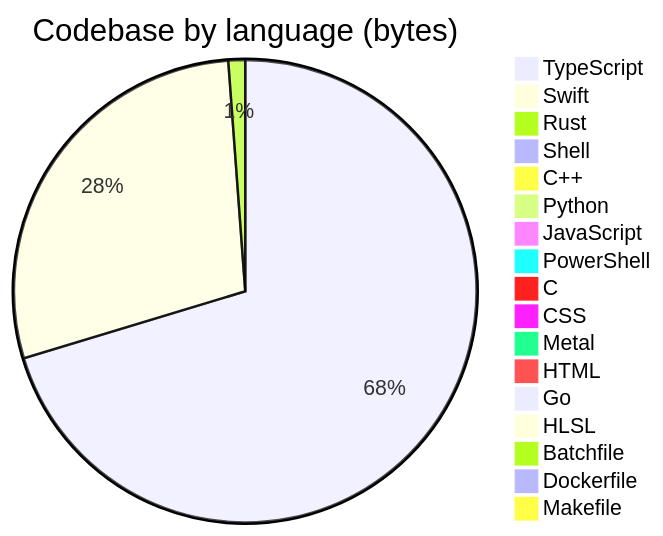
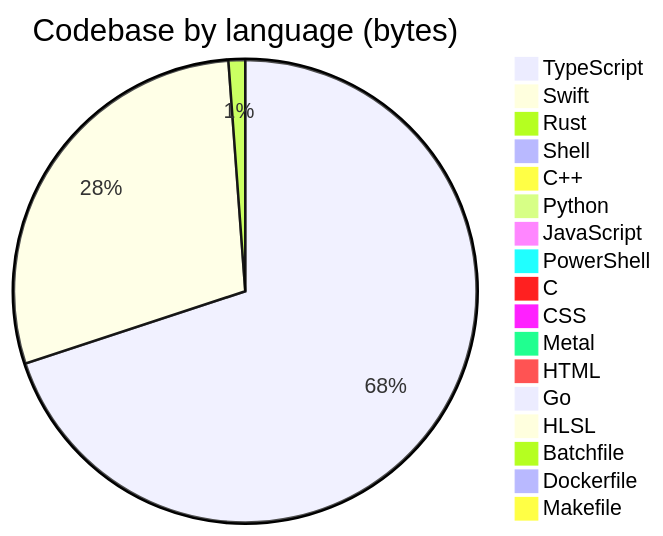
The diagram in profile/README.md (Open330/.github), drawn with Mermaid before and after one commit. The commit also changed other lines of this file, not shown here.

````diff
--- a/profile/README.md
+++ b/profile/README.md
@@ -125,20 +125,20 @@
 ```mermaid
 pie title Codebase by language (bytes)
-    "TypeScript" : 33872801
-    "Swift" : 13730665
+    "TypeScript" : 33908550
+    "Swift" : 14008863
     "Rust" : 564235
     "Shell" : 439422
     "C++" : 388775
     "Python" : 294503
-    "JavaScript" : 197901
+    "JavaScript" : 205071
     "PowerShell" : 128198
     "C" : 114143
-    "CSS" : 73091
+    "CSS" : 75124
     "Metal" : 33033
     "HTML" : 31957
     "Go" : 22811
     "HLSL" : 7527
     "Batchfile" : 5870
     "Dockerfile" : 4893
     "Makefile" : 1150
 ```
````
